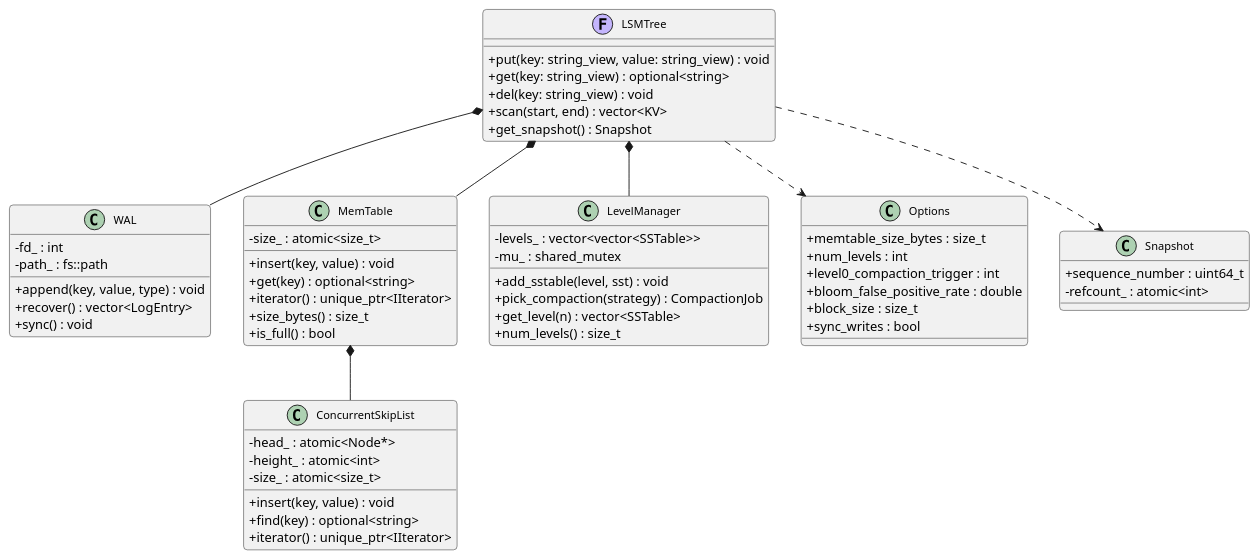
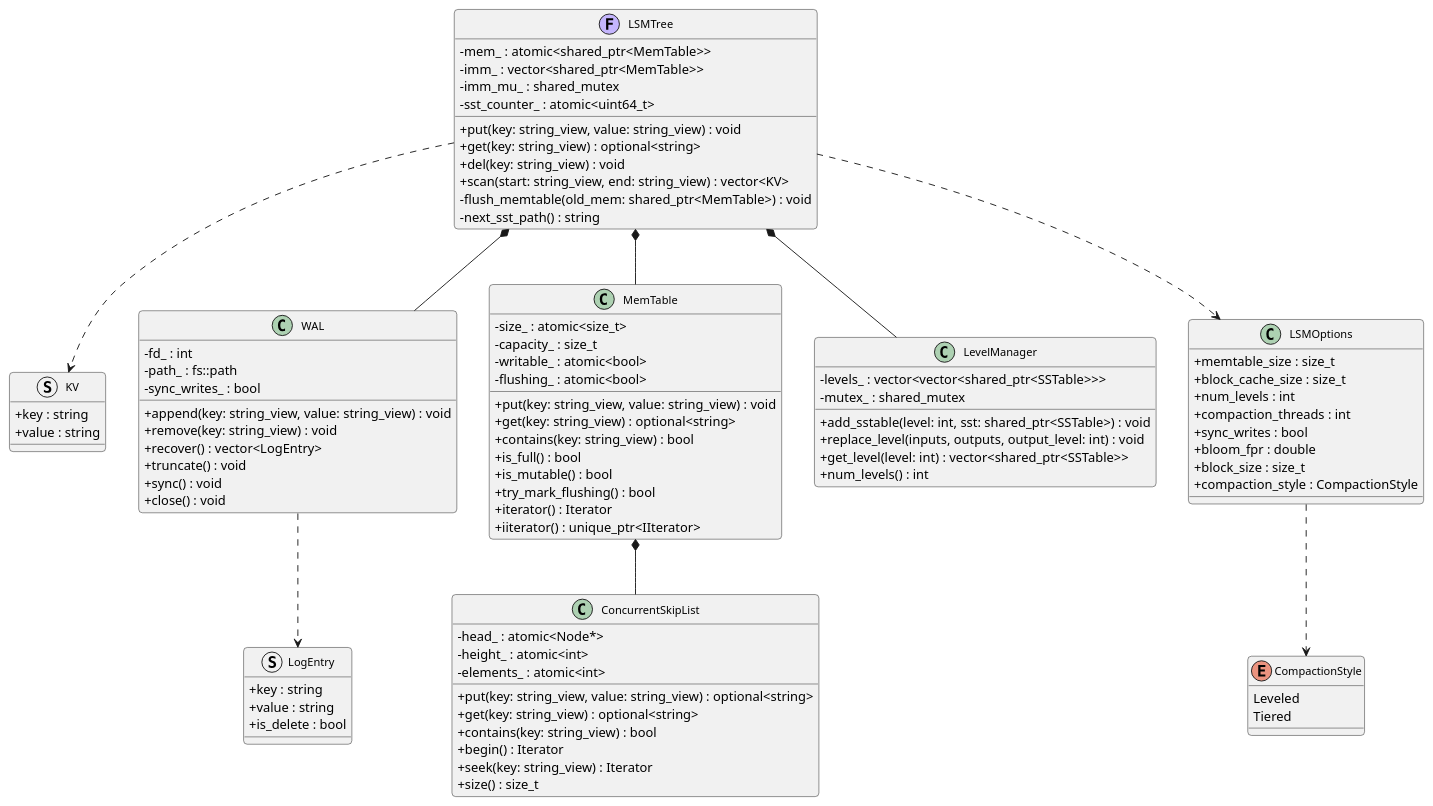
One commit to IulianBirladeanu07/lsm_tree changed the diagram in docs/lsm_01_core.puml. Above: the diagram before and after it, drawn with PlantUML. The commit also changed 3 other files, not shown here.

Commit message:
updated plantumls + the sw system arch + detail design

```diff
--- a/docs/lsm_01_core.puml
+++ b/docs/lsm_01_core.puml
@@ -1,71 +1,104 @@
 @startuml lsm_01_core
 skinparam classAttributeIconSize 0
 skinparam classFontSize 12
 skinparam roundCorner 8
 skinparam shadowing false
 
 class LSMTree << (F,#C4B5FD) >> {
   + put(key: string_view, value: string_view) : void
   + get(key: string_view) : optional<string>
   + del(key: string_view) : void
-  + scan(start, end) : vector<KV>
-  + get_snapshot() : Snapshot
+  + scan(start: string_view, end: string_view) : vector<KV>
+  - flush_memtable(old_mem: shared_ptr<MemTable>) : void
+  - next_sst_path() : string
+  - mem_ : atomic<shared_ptr<MemTable>>
+  - imm_ : vector<shared_ptr<MemTable>>
+  - imm_mu_ : shared_mutex
+  - sst_counter_ : atomic<uint64_t>
+}
+
+struct KV {
+  + key : string
+  + value : string
 }
 
 class WAL {
-  + append(key, value, type) : void
+  + append(key: string_view, value: string_view) : void
+  + remove(key: string_view) : void
   + recover() : vector<LogEntry>
+  + truncate() : void
   + sync() : void
+  + close() : void
   - fd_ : int
   - path_ : fs::path
+  - sync_writes_ : bool
+}
+
+struct LogEntry {
+  + key : string
+  + value : string
+  + is_delete : bool
 }
 
 class MemTable {
-  + insert(key, value) : void
-  + get(key) : optional<string>
-  + iterator() : unique_ptr<IIterator>
-  + size_bytes() : size_t
+  + put(key: string_view, value: string_view) : void
+  + get(key: string_view) : optional<string>
+  + contains(key: string_view) : bool
   + is_full() : bool
+  + is_mutable() : bool
+  + try_mark_flushing() : bool
+  + iterator() : Iterator
+  + iiterator() : unique_ptr<IIterator>
   - size_ : atomic<size_t>
+  - capacity_ : size_t
+  - writable_ : atomic<bool>
+  - flushing_ : atomic<bool>
 }
 
 class ConcurrentSkipList {
-  + insert(key, value) : void
-  + find(key) : optional<string>
-  + iterator() : unique_ptr<IIterator>
+  + put(key: string_view, value: string_view) : optional<string>
+  + get(key: string_view) : optional<string>
+  + contains(key: string_view) : bool
+  + begin() : Iterator
+  + seek(key: string_view) : Iterator
+  + size() : size_t
   - head_ : atomic<Node*>
   - height_ : atomic<int>
-  - size_ : atomic<size_t>
+  - elements_ : atomic<int>
 }
 
 class LevelManager {
-  + add_sstable(level, sst) : void
-  + pick_compaction(strategy) : CompactionJob
-  + get_level(n) : vector<SSTable>
-  + num_levels() : size_t
-  - levels_ : vector<vector<SSTable>>
-  - mu_ : shared_mutex
+  + add_sstable(level: int, sst: shared_ptr<SSTable>) : void
+  + replace_level(inputs, outputs, output_level: int) : void
+  + get_level(level: int) : vector<shared_ptr<SSTable>>
+  + num_levels() : int
+  - levels_ : vector<vector<shared_ptr<SSTable>>>
+  - mutex_ : shared_mutex
 }
 
-class Options {
-  + memtable_size_bytes : size_t
+class LSMOptions {
+  + memtable_size : size_t
+  + block_cache_size : size_t
   + num_levels : int
-  + level0_compaction_trigger : int
-  + bloom_false_positive_rate : double
+  + compaction_threads : int
+  + sync_writes : bool
+  + bloom_fpr : double
   + block_size : size_t
-  + sync_writes : bool
+  + compaction_style : CompactionStyle
 }
 
-class Snapshot {
-  + sequence_number : uint64_t
-  - refcount_ : atomic<int>
+enum CompactionStyle {
+  Leveled
+  Tiered
 }
 
 LSMTree *-- WAL
 LSMTree *-- MemTable
 LSMTree *-- LevelManager
-LSMTree ..> Options
-LSMTree ..> Snapshot
+LSMTree ..> LSMOptions
+LSMTree ..> KV
+WAL ..> LogEntry
 MemTable *-- ConcurrentSkipList
+LSMOptions ..> CompactionStyle
 
 @enduml
```
